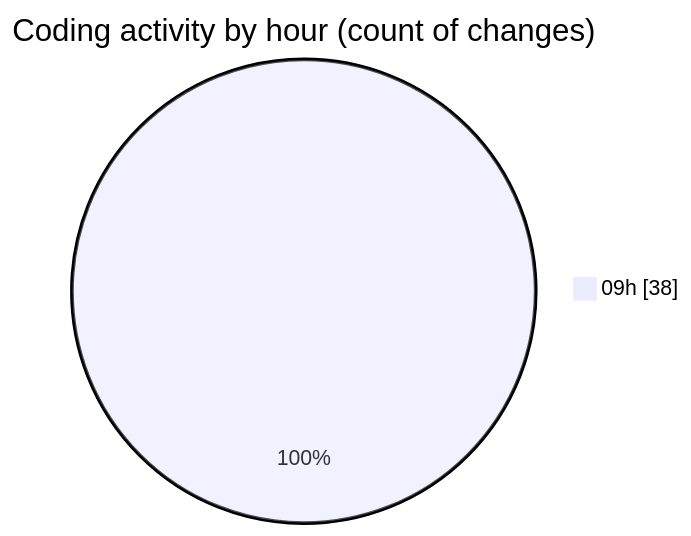
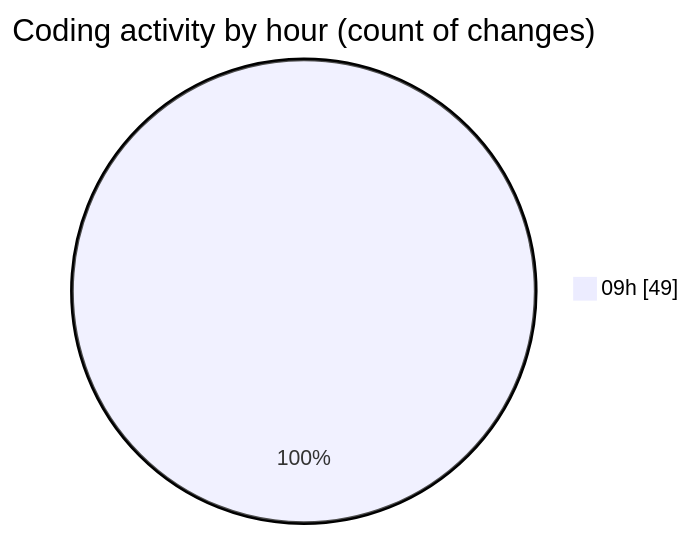
One commit to momahboobian/code-tracking changed the second of 2 diagrams in 2026-06-17/cda/README.md. Above: the diagram before and after it, drawn with Mermaid. The commit also changed other lines of this file and 1 other file, not shown here.

````diff
--- a/2026-06-17/cda/README.md
+++ b/2026-06-17/cda/README.md
@@ -35,5 +35,5 @@
 ```mermaid
 pie showData
 title Coding activity by hour (count of changes)
-"09h" : 38
+"09h" : 49
 ```
````
